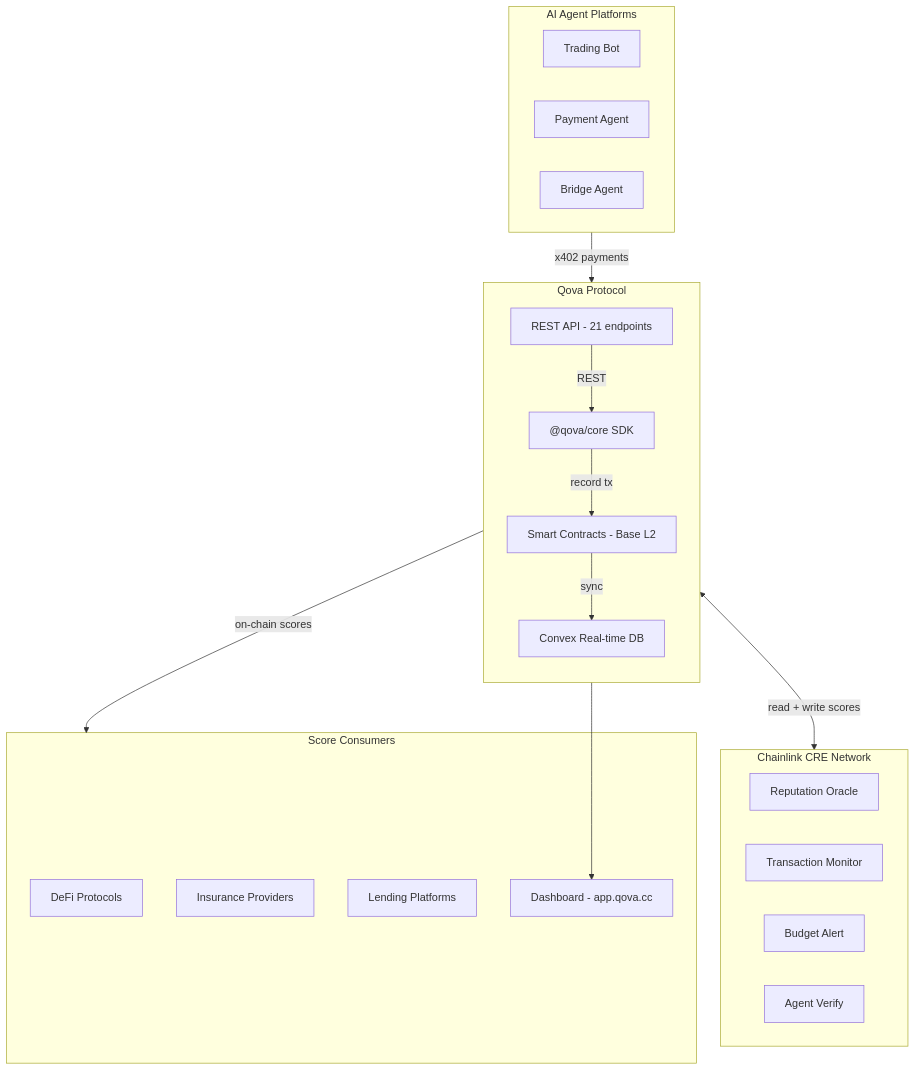
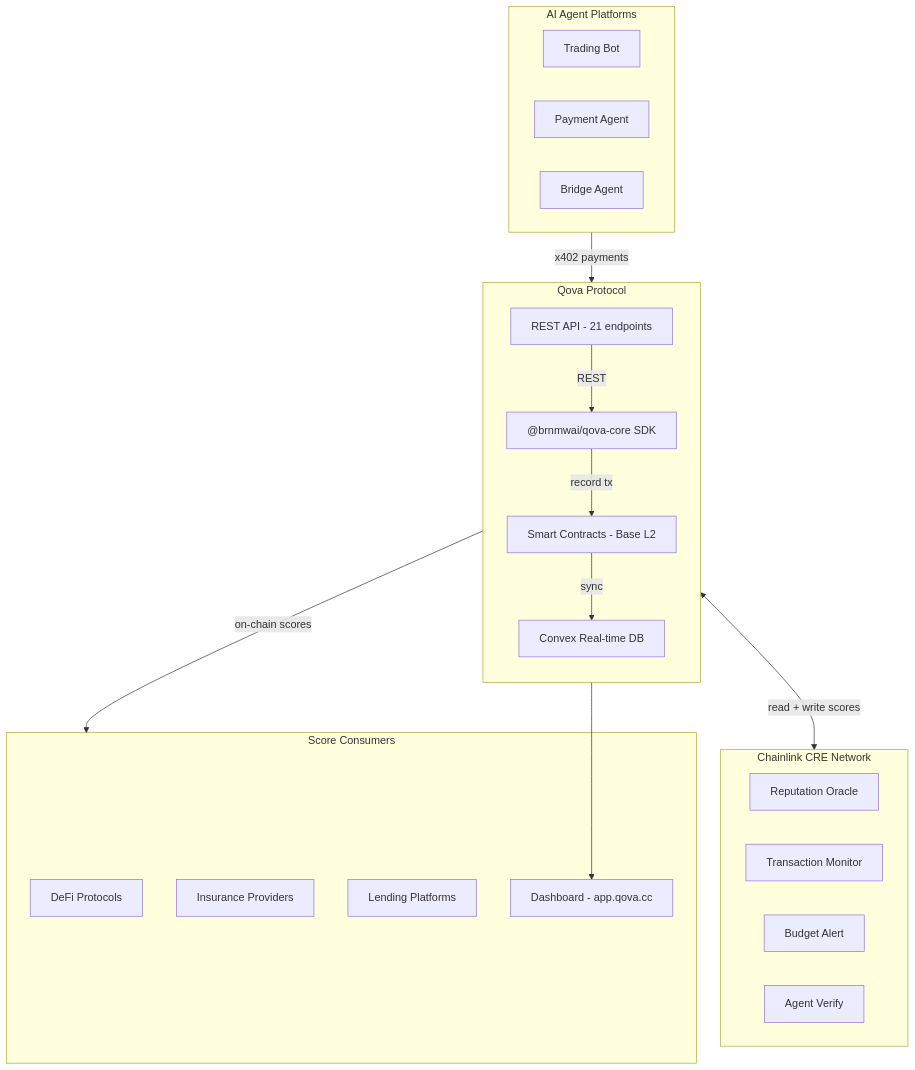
The first of 6 diagrams in README.md (brn-mwai/qova), drawn with Mermaid before and after one commit. The commit also changed other lines of this file and 43 other files, not shown here.

First line of the commit message:
chore: rename SDK package from @qova/core to @brnmwai/qova-core

````diff
--- a/README.md
+++ b/README.md
@@ -29,38 +26,38 @@
 ```mermaid
 flowchart TB
     subgraph Agents["AI Agent Platforms"]
         A1[Trading Bot]
         A2[Payment Agent]
         A3[Bridge Agent]
     end
 
     subgraph Qova["Qova Protocol"]
         direction TB
-        SDK["@qova/core SDK"]
+        SDK["@brnmwai/qova-core SDK"]
         API["REST API - 21 endpoints"]
         SC["Smart Contracts - Base L2"]
         DB["Convex Real-time DB"]
     end
 
     subgraph CRE["Chainlink CRE Network"]
         W1["Reputation Oracle"]
         W2["Transaction Monitor"]
         W3["Budget Alert"]
         W4["Agent Verify"]
     end
 
     subgraph Consumers["Score Consumers"]
         D1[DeFi Protocols]
         D2[Insurance Providers]
         D3[Lending Platforms]
         D4[Dashboard - app.qova.cc]
     end
 
     Agents -->|"x402 payments"| SDK
     SDK -->|"record tx"| SC
     SC <-->|"read + write scores"| CRE
     SC -->|"sync"| DB
     DB --> D4
     SC -->|"on-chain scores"| Consumers
     API -->|"REST"| SDK
 ```
````
